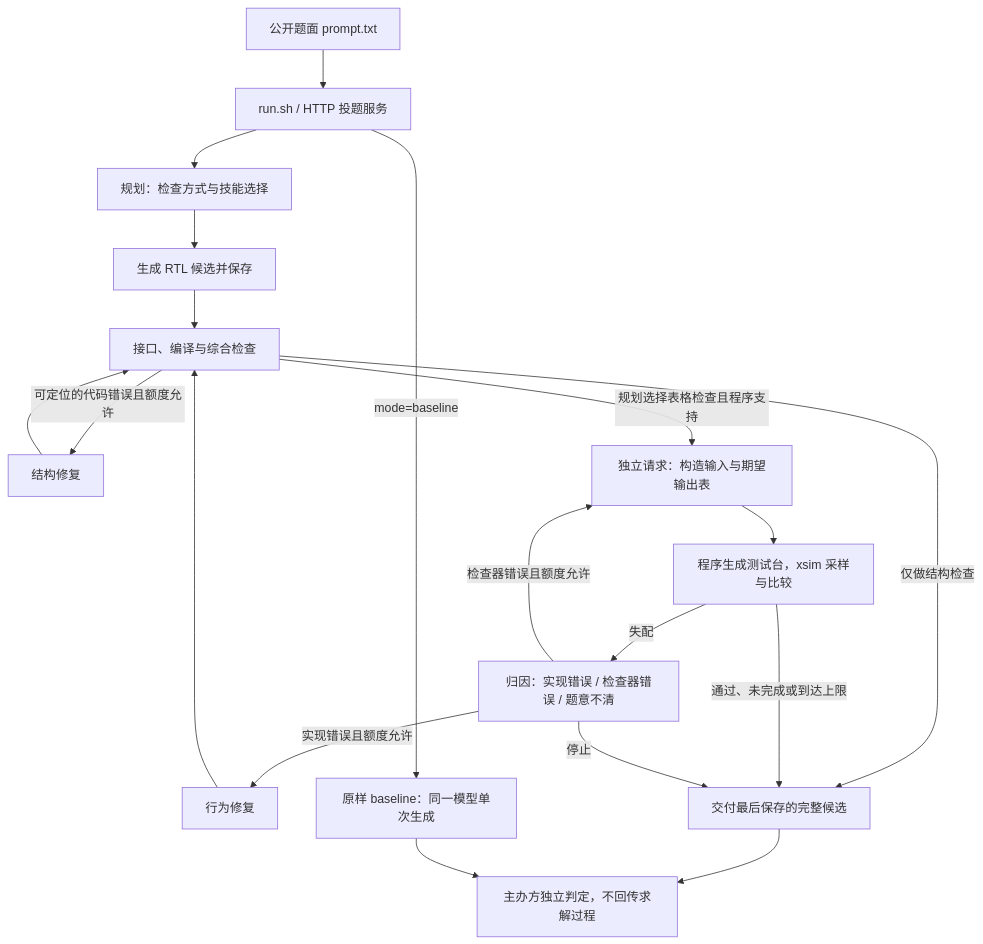
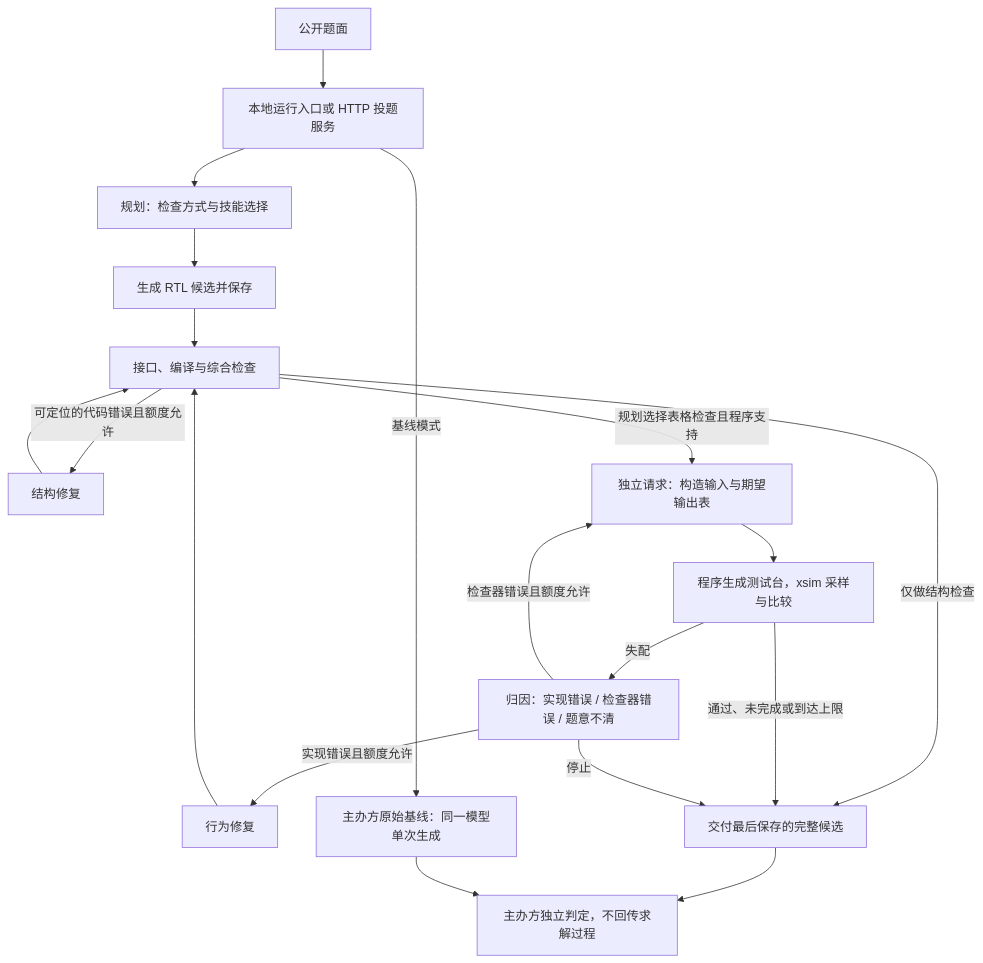
One commit to gugugu531/43240_rtlagent changed the diagram in REPORT.md. Above: the diagram before and after it, drawn with Mermaid. The commit also changed other lines of this file, not shown here.

````diff
--- a/REPORT.md
+++ b/REPORT.md
@@ -22,21 +22,21 @@
 ```mermaid
 flowchart TD
-    I[公开题面 prompt.txt] --> E[run.sh / HTTP 投题服务]
+    I[公开题面] --> E[本地运行入口或 HTTP 投题服务]
     E --> P[规划：检查方式与技能选择]
     P --> G[生成 RTL 候选并保存]
     G --> S[接口、编译与综合检查]
     S -->|可定位的代码错误且额度允许| R[结构修复]
     R --> S
     S -->|规划选择表格检查且程序支持| C[独立请求：构造输入与期望输出表]
     C --> T[程序生成测试台，xsim 采样与比较]
     T -->|失配| A[归因：实现错误 / 检查器错误 / 题意不清]
     A -->|实现错误且额度允许| B[行为修复]
     B --> S
     A -->|检查器错误且额度允许| C
     S -->|仅做结构检查| O[交付最后保存的完整候选]
     T -->|通过、未完成或到达上限| O
     A -->|停止| O
     O --> J[主办方独立判定，不回传求解过程]
-    E -->|mode=baseline| BL[原样 baseline：同一模型单次生成]
+    E -->|基线模式| BL[主办方原始基线：同一模型单次生成]
     BL --> J
 ```
````
